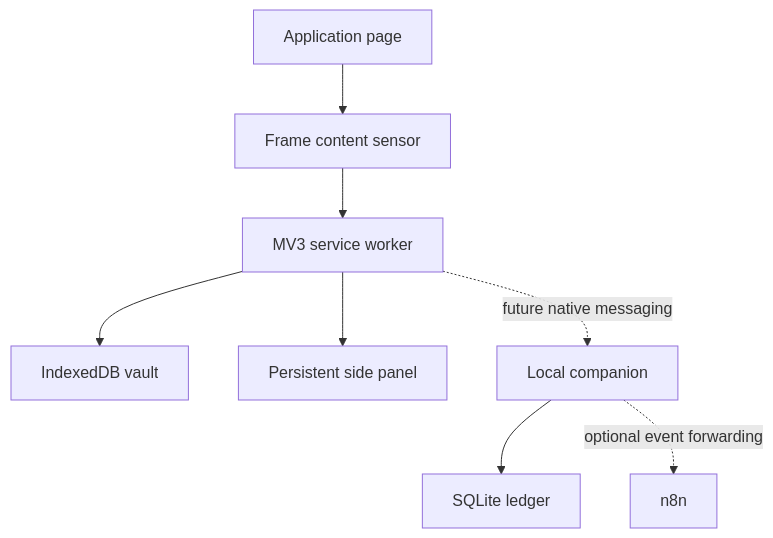
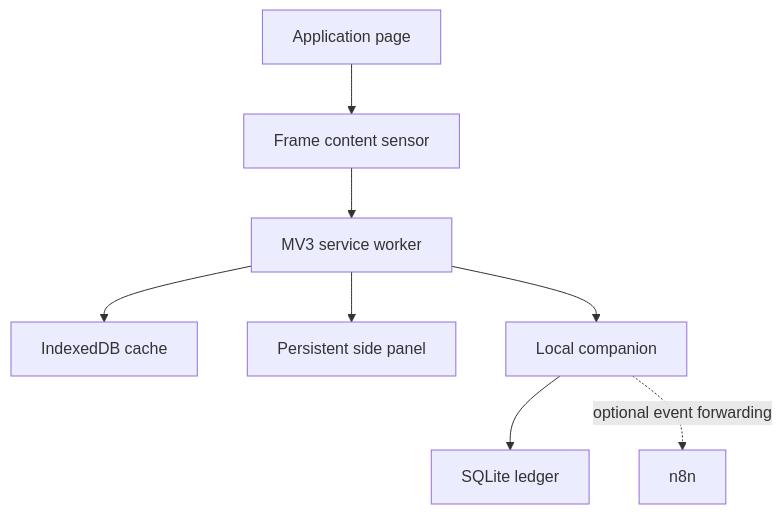
One commit to mohammadaadilmunshi-ui/munshi-apply changed the diagram in docs/ARCHITECTURE.md. Above: the diagram before and after it, drawn with Mermaid. The commit also changed other lines of this file and 46 other files, not shown here.

Commit message:
feat: align foundation with architecture v3

````diff
--- a/docs/ARCHITECTURE.md
+++ b/docs/ARCHITECTURE.md
@@ -5,10 +5,10 @@
 ```mermaid
 flowchart TD
   P["Application page"] --> C["Frame content sensor"]
   C --> S["MV3 service worker"]
-  S --> V["IndexedDB vault"]
+  S --> V["IndexedDB cache"]
   S --> U["Persistent side panel"]
-  S -. "future native messaging" .-> N["Local companion"]
+  S --> N["Local companion"]
   N --> D["SQLite ledger"]
   N -. "optional event forwarding" .-> W["n8n"]
 ```
````
